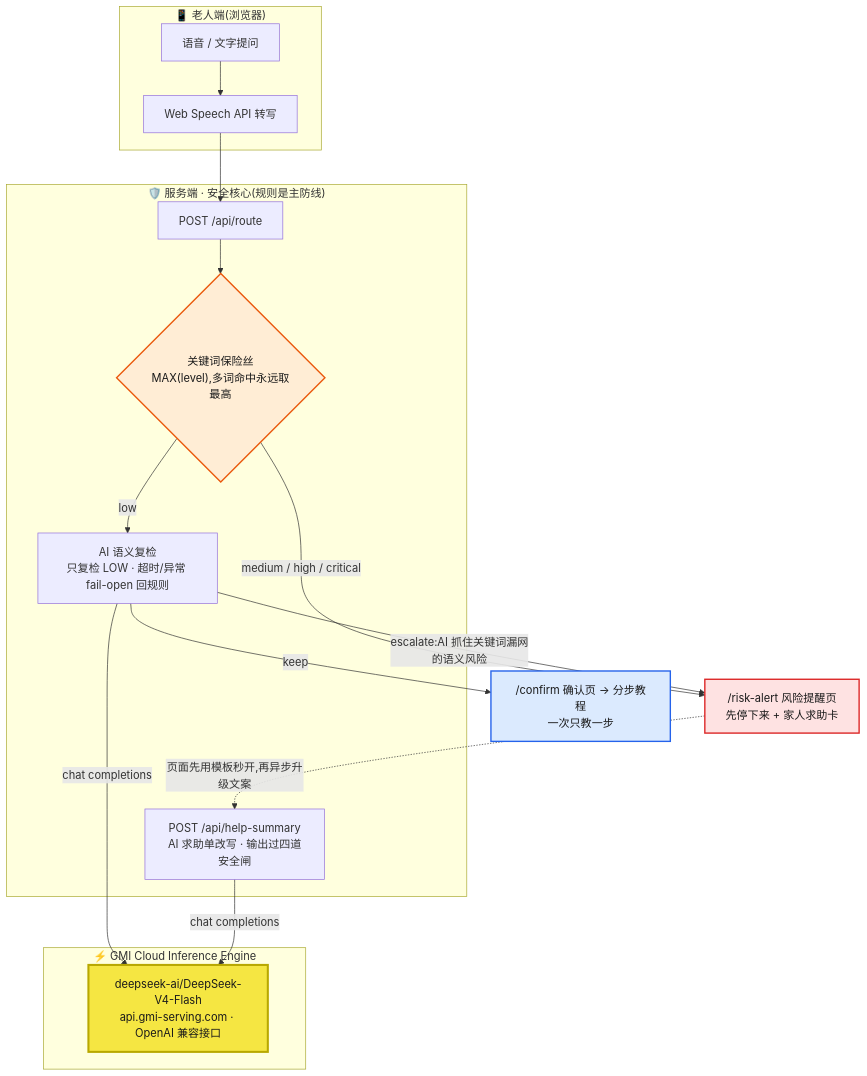
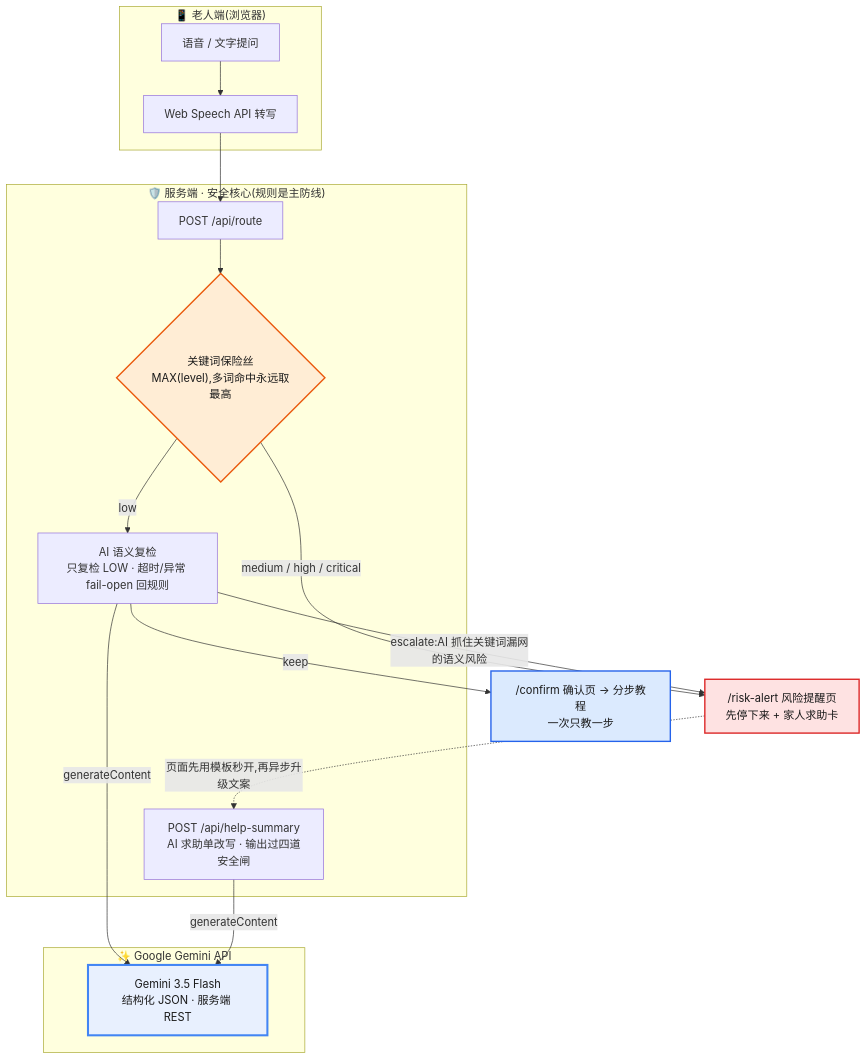
The diagram in README.md (qrx-joe/EasyPhone_AI), drawn with Mermaid before and after one commit. The commit also changed other lines of this file and 18 other files, not shown here.

Commit message:
feat: migrate safety AI gateway to Google Gemini

````diff
--- a/README.md
+++ b/README.md
@@ -60,36 +60,36 @@
 ```mermaid
 flowchart TD
     subgraph client["📱 老人端(浏览器)"]
         A["语音 / 文字提问"] --> B["Web Speech API 转写"]
     end
 
     subgraph server["🛡️ 服务端 · 安全核心(规则是主防线)"]
         C["POST /api/route"]
         D{"关键词保险丝<br/>MAX(level),多词命中永远取最高"}
         E["AI 语义复检<br/>只复检 LOW · 超时/异常 fail-open 回规则"]
         H["POST /api/help-summary<br/>AI 求助单改写 · 输出过四道安全闸"]
     end
 
-    subgraph gmi["⚡ GMI Cloud Inference Engine"]
-        G["deepseek-ai/DeepSeek-V4-Flash<br/>api.gmi-serving.com · OpenAI 兼容接口"]
+    subgraph google["✨ Google Gemini API"]
+        G["Gemini 3.5 Flash<br/>结构化 JSON · 服务端 REST"]
     end
 
     B --> C
     C --> D
     D -->|"medium / high / critical"| F["/risk-alert 风险提醒页<br/>先停下来 + 家人求助卡"]
     D -->|"low"| E
-    E -->|"chat completions"| G
+    E -->|"generateContent"| G
     E -->|"keep"| T["/confirm 确认页 → 分步教程<br/>一次只教一步"]
     E -->|"escalate:AI 抓住关键词漏网的语义风险"| F
     F -.->|"页面先用模板秒开,再异步升级文案"| H
-    H -->|"chat completions"| G
+    H -->|"generateContent"| G
 
-    classDef gmiStyle fill:#f5e642,stroke:#b8a800,stroke-width:3px,color:#1a1a1a
+    classDef googleStyle fill:#e8f0fe,stroke:#4285f4,stroke-width:3px,color:#1a1a1a
     classDef dangerStyle fill:#fee2e2,stroke:#dc2626,stroke-width:2px,color:#1a1a1a
     classDef safeStyle fill:#dbeafe,stroke:#2563eb,stroke-width:2px,color:#1a1a1a
     classDef fuseStyle fill:#ffedd5,stroke:#ea580c,stroke-width:2px,color:#1a1a1a
-    class G gmiStyle
+    class G googleStyle
     class F dangerStyle
     class T safeStyle
     class D fuseStyle
 ```
````
